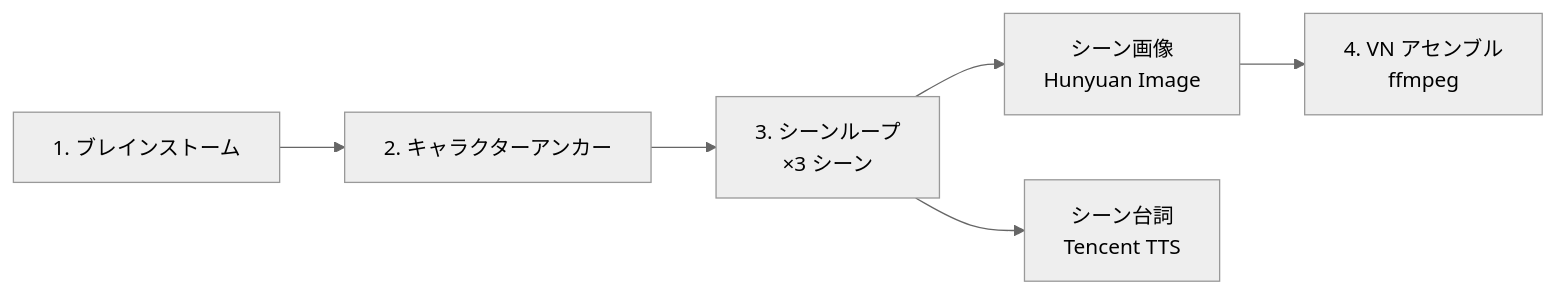
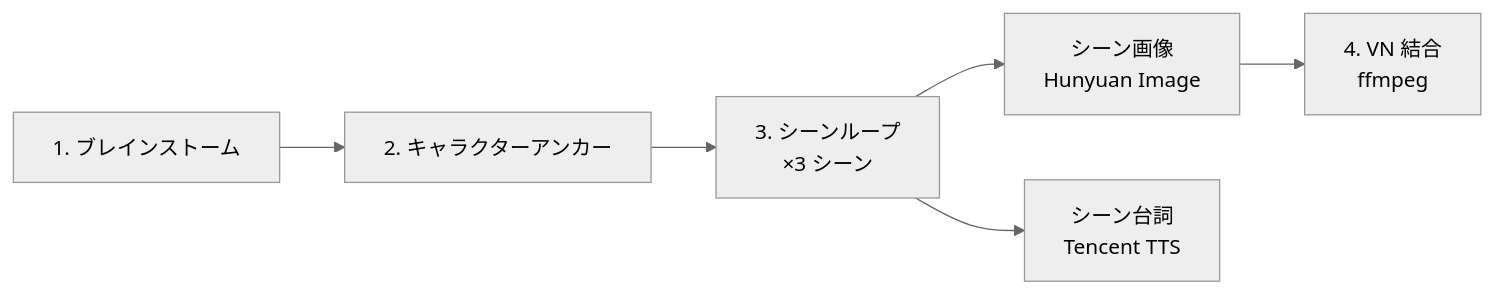
Before and after one commit to weed33834/ShotFlow: the sixth of 6 diagrams in README.ja.md, drawn with Mermaid (neutral theme). The commit also changed other lines of this file and 2 other files, not shown here.

````diff
--- a/README.ja.md
+++ b/README.ja.md
@@ -256,8 +306,8 @@
 ```mermaid
 flowchart LR
     A["1. ブレインストーム"] --> B["2. キャラクターアンカー"]
     B --> C["3. シーンループ<br/>×3 シーン"]
     C --> D["シーン画像<br/>Hunyuan Image"]
     C --> E["シーン台詞<br/>Tencent TTS"]
-    D --> F["4. VN アセンブル<br/>ffmpeg"]
+    D --> F["4. VN 結合<br/>ffmpeg"]
 ```
````
